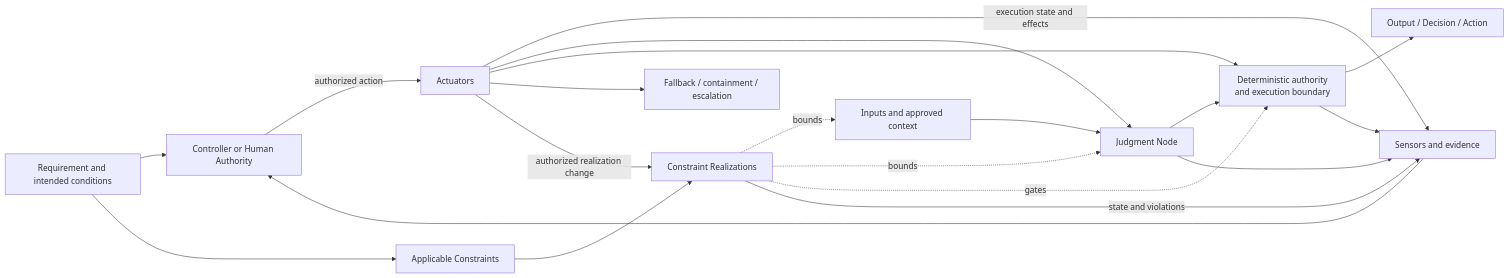
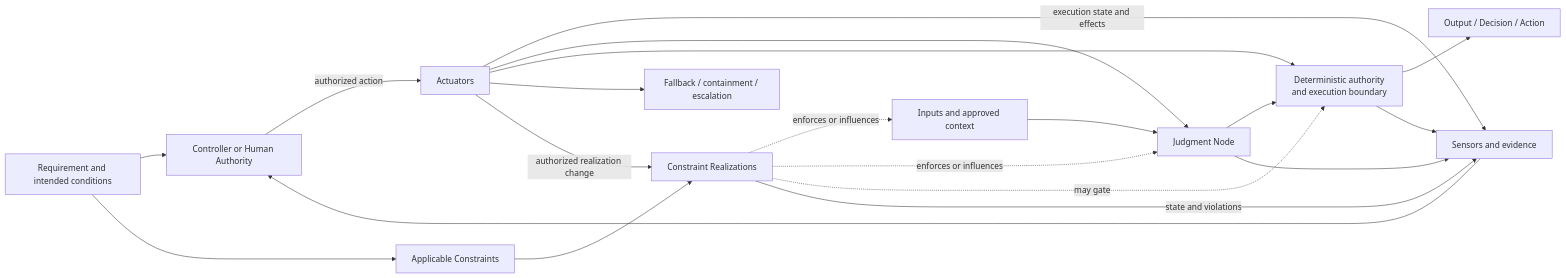
One commit to UncertaintyArchitectureGroup/uncertainty-architecture changed the first of 2 diagrams in 01-patterns/judgment-node-boundary.md. Above: the diagram before and after it, drawn with Mermaid. The commit also changed other lines of this file, not shown here.

````diff
--- a/01-patterns/judgment-node-boundary.md
+++ b/01-patterns/judgment-node-boundary.md
@@ -94,32 +95,32 @@
 ```mermaid
 flowchart LR
     R[Requirement and intended conditions]
     IN[Inputs and approved context]
     K[Applicable Constraints]
     KR[Constraint Realizations]
     JN[Judgment Node]
     AUTH[Deterministic authority<br/>and execution boundary]
     OUT[Output / Decision / Action]
     S[Sensors and evidence]
     C[Controller or Human Authority]
     A[Actuators]
     F[Fallback / containment / escalation]
 
     R --> C
     R --> K
     K --> KR
-    KR -. bounds .-> IN
-    KR -. bounds .-> JN
-    KR -. gates .-> AUTH
+    KR -. enforces or influences .-> IN
+    KR -. enforces or influences .-> JN
+    KR -. may gate .-> AUTH
     IN --> JN --> AUTH --> OUT
     JN --> S
     AUTH --> S
     KR -->|state and violations| S
     A -->|execution state and effects| S
     S --> C
     C -->|authorized action| A
     A --> JN
     A --> AUTH
     A --> F
     A -->|authorized realization change| KR
 ```
````
